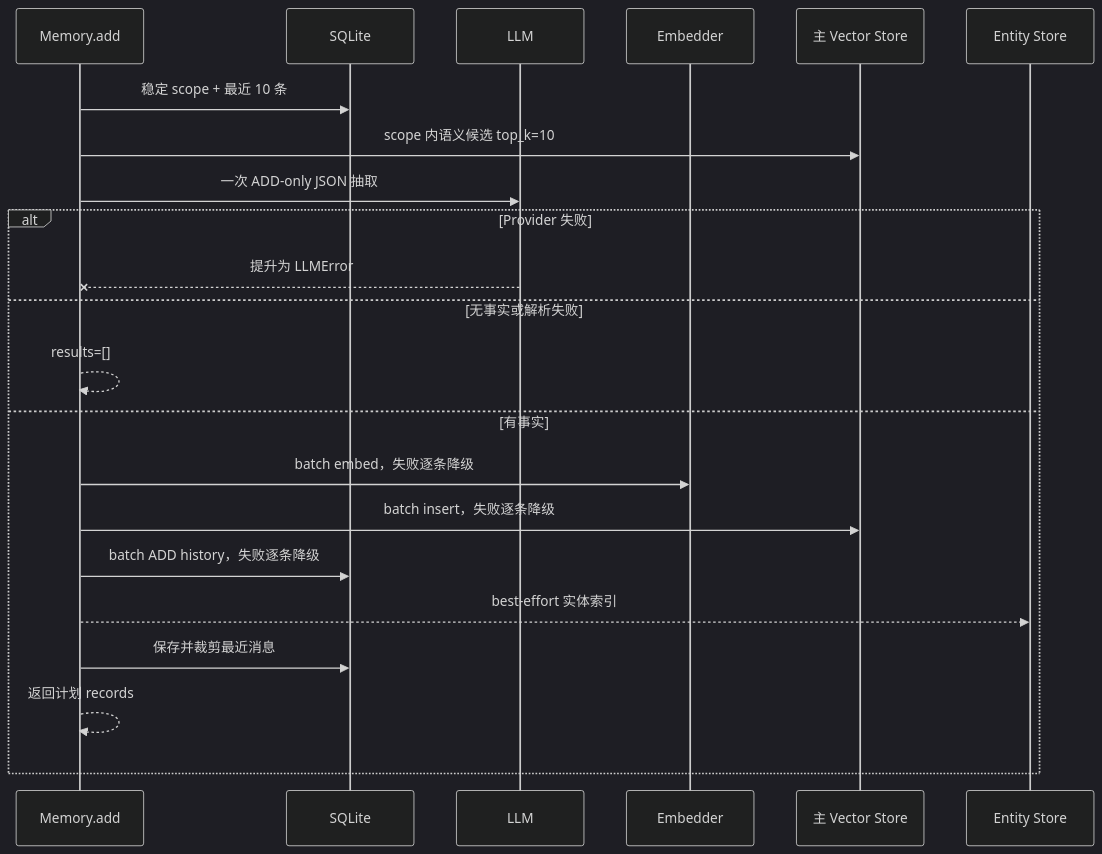
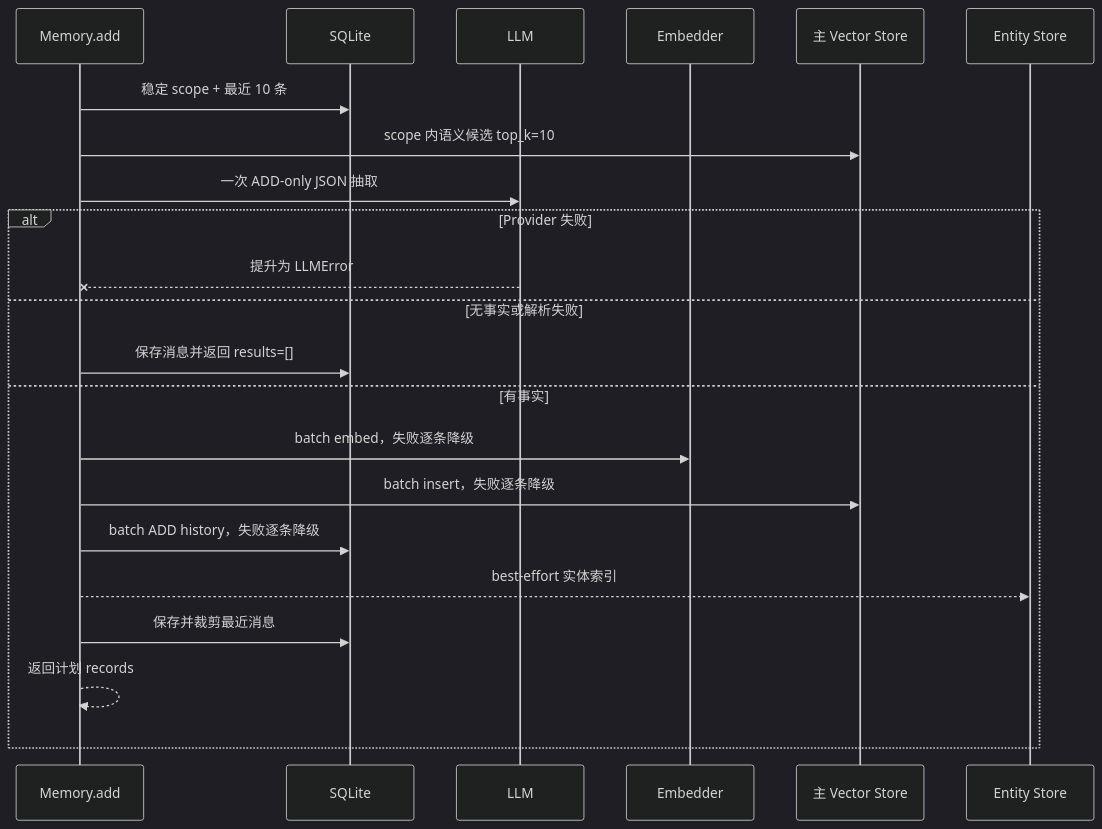
Before and after one commit to StevenLZM/mem0: the ninth of 12 diagrams in docs/learning/mem0-memory-system-design.zh-CN.md, drawn with Mermaid (dark theme). The commit also changed other lines of this file, not shown here.

````diff
--- a/docs/learning/mem0-memory-system-design.zh-CN.md
+++ b/docs/learning/mem0-memory-system-design.zh-CN.md
@@ -586,24 +585,24 @@
 ```mermaid
 sequenceDiagram
     participant M as Memory.add
     participant S as SQLite
     participant L as LLM
     participant E as Embedder
     participant V as 主 Vector Store
     participant N as Entity Store
     M->>S: 稳定 scope + 最近 10 条
     M->>V: scope 内语义候选 top_k=10
     M->>L: 一次 ADD-only JSON 抽取
     alt Provider 失败
         L--xM: 提升为 LLMError
     else 无事实或解析失败
-        M-->>M: results=[]
+        M->>S: 保存消息并返回 results=[]
     else 有事实
         M->>E: batch embed，失败逐条降级
         M->>V: batch insert，失败逐条降级
         M->>S: batch ADD history，失败逐条降级
         M-->>N: best-effort 实体索引
         M->>S: 保存并裁剪最近消息
         M-->>M: 返回计划 records
     end
 ```
````
